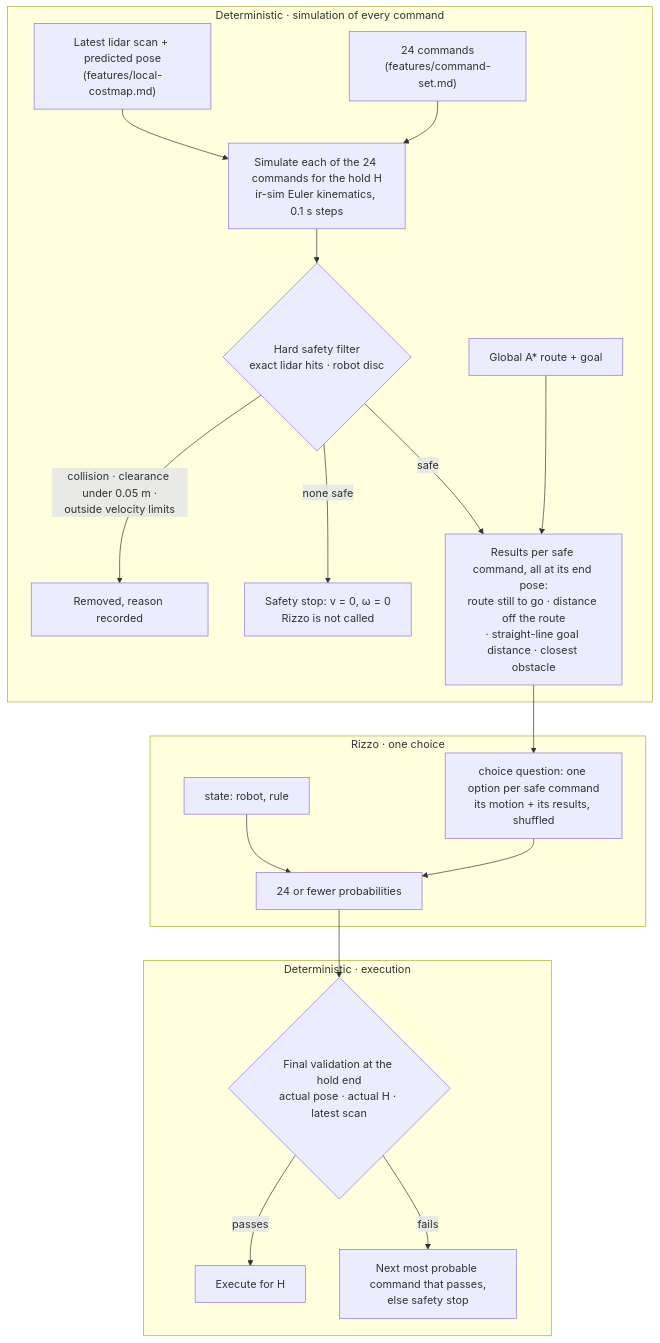
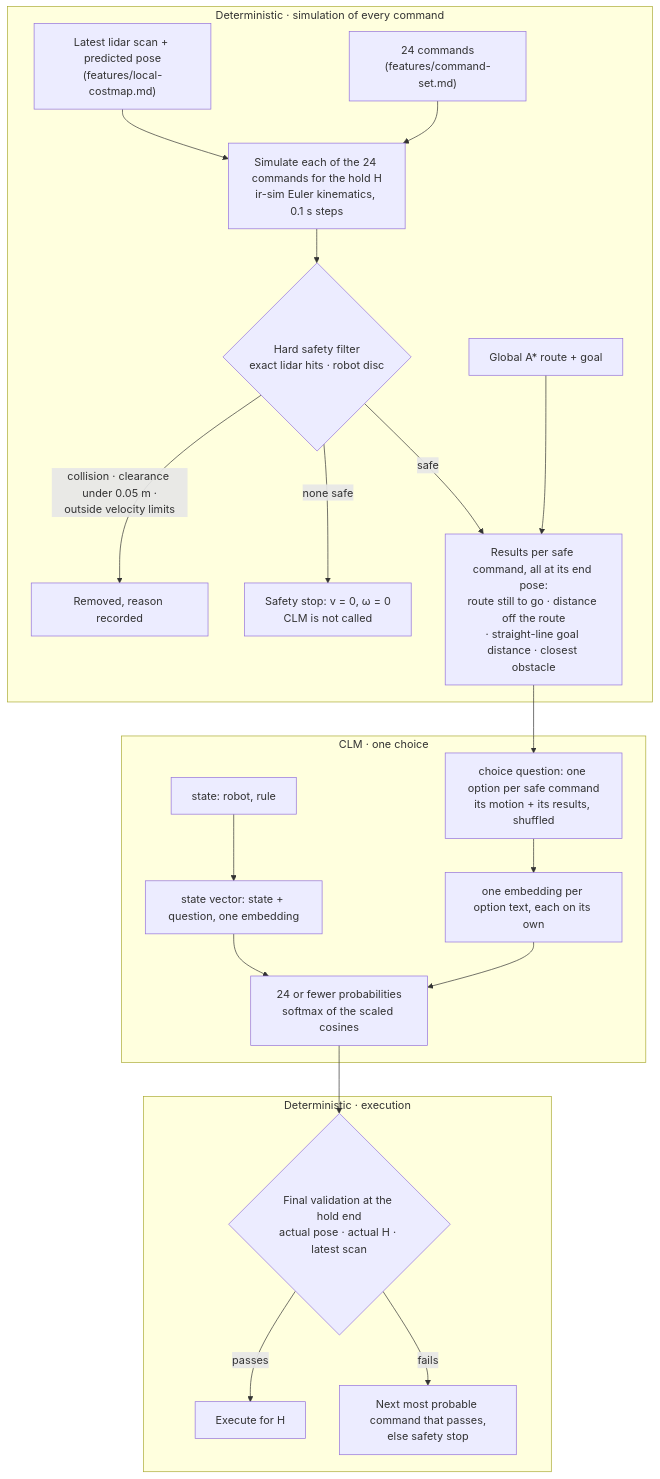
One commit to RoboticsNetworkTrieste/JevNav changed the diagram in .specs/features/simulation-decision.md. Above: the diagram before and after it, drawn with Mermaid. The commit also changed other lines of this file and 20 other files, not shown here.

Commit message:
change of the model to CLM

````diff
--- a/.specs/features/simulation-decision.md
+++ b/.specs/features/simulation-decision.md
@@ -15,24 +16,26 @@
 ```mermaid
 flowchart TD
     subgraph sim["Deterministic · simulation of every command"]
         S["Latest lidar scan + predicted pose<br/>(features/local-costmap.md)"] --> ROLL["Simulate each of the 24 commands for the hold H<br/>ir-sim Euler kinematics, 0.1 s steps"]
         K["24 commands<br/>(features/command-set.md)"] --> ROLL
         ROLL --> SAFE{"Hard safety filter<br/>exact lidar hits · robot disc"}
         SAFE -->|"collision · clearance under 0.05 m ·<br/>outside velocity limits"| DROP["Removed, reason recorded"]
-        SAFE -->|"none safe"| STOP["Safety stop: v = 0, ω = 0<br/>Rizzo is not called"]
+        SAFE -->|"none safe"| STOP["Safety stop: v = 0, ω = 0<br/>CLM is not called"]
         SAFE -->|"safe"| RES["Results per safe command, all at its end pose:<br/>route still to go · distance off the route<br/>· straight-line goal distance · closest obstacle"]
         R["Global A* route + goal"] --> RES
     end
-    subgraph rizzo["Rizzo · one choice"]
+    subgraph model["CLM · one choice"]
         EV["state: robot, rule"]
         Q["choice question: one option per safe command<br/>its motion + its results, shuffled"]
-        EV --> P["24 or fewer probabilities"]
-        Q --> P
+        EV --> SV["state vector: state + question, one embedding"]
+        Q --> AV["one embedding per option text, each on its own"]
+        SV --> P["24 or fewer probabilities<br/>softmax of the scaled cosines"]
+        AV --> P
     end
     subgraph act["Deterministic · execution"]
         P --> FV{"Final validation at the hold end<br/>actual pose · actual H · latest scan"}
         FV -->|"passes"| EX["Execute for H"]
         FV -->|"fails"| NX["Next most probable command that passes,<br/>else safety stop"]
     end
     RES --> Q
 ```
````
